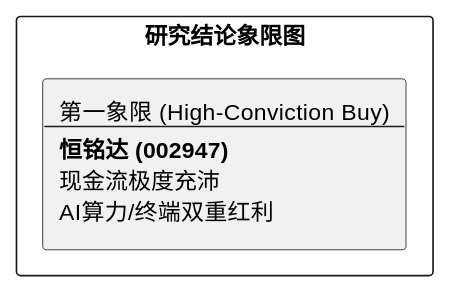
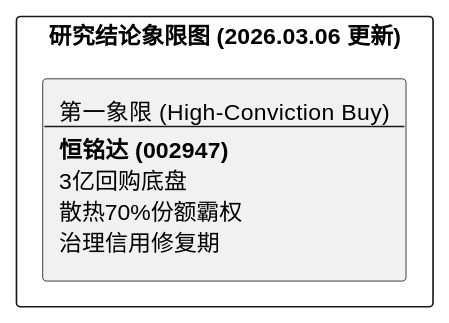
The diagram in investigation/equities/恒铭达/reports/研报章节七：投资摘要与风险因素.md (hrzzzrh/QuantPyLab), drawn with PlantUML before and after one commit. The commit also changed other lines of this file and 24 other files, not shown here.

````diff
--- a/investigation/equities/恒铭达/reports/研报章节七：投资摘要与风险因素.md
+++ b/investigation/equities/恒铭达/reports/研报章节七：投资摘要与风险因素.md
@@ -24,7 +24,7 @@
 ```plantuml
 @startuml
-rectangle "研究结论象限图" {
-    rectangle "第一象限 (High-Conviction Buy)\n--\n**恒铭达 (002947)**\n现金流极度充沛\nAI算力/终端双重红利" as Q1
+rectangle "研究结论象限图 (2026.03.06 更新)" {
+    rectangle "第一象限 (High-Conviction Buy)\n--\n**恒铭达 (002947)**\n3亿回购底盘\n散热70%份额霸权\n治理信用修复期" as Q1
 }
 @enduml
 ```
````
